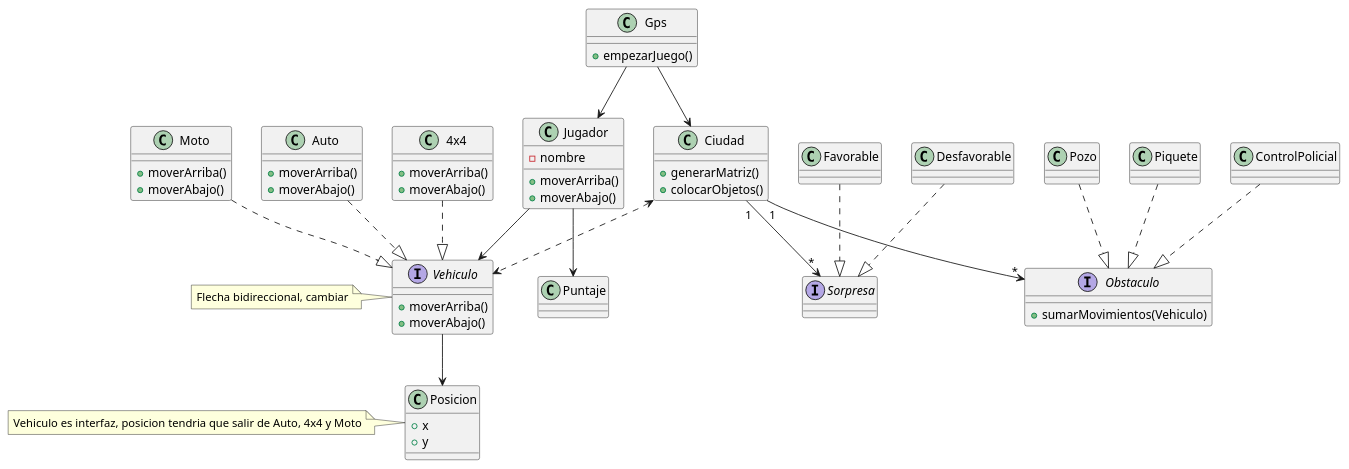
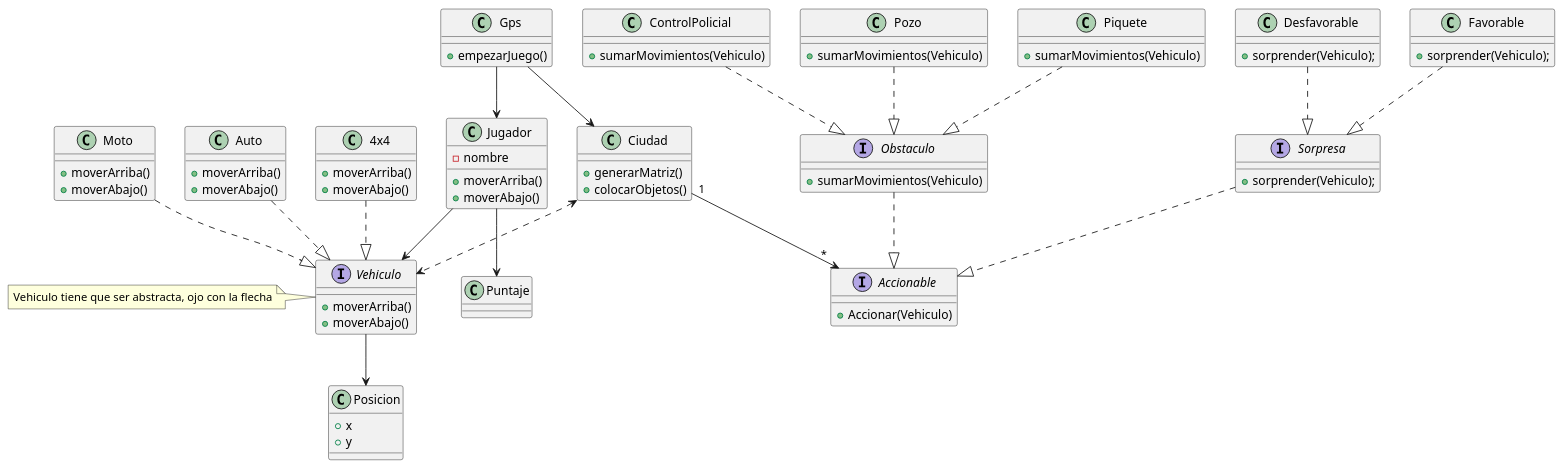
Before and after one commit to Fanusaez/algo3_tp2_2022: the diagram in diagrams/Entrega0/DiagramaDeClases.puml, drawn with PlantUML. The commit also changed 11 other files, not shown here.

Commit message:
cree ostaculos, sorpresas y les di funcionalidad. actualice diagrama de clases e hice tests.

```diff
--- a/diagrams/Entrega0/DiagramaDeClases.puml
+++ b/diagrams/Entrega0/DiagramaDeClases.puml
@@ -1,91 +1,113 @@
 @startuml
 'https://plantuml.com/class-diagram
 
 class Gps{
     + empezarJuego()
 }
 
 class Jugador{
     - nombre
 
     + moverArriba()
     + moverAbajo()
 }
 
 interface Vehiculo{
     + moverArriba()
     + moverAbajo()
+}
+
+interface Accionable{
+    +Accionar(Vehiculo)
 }
 
 class Moto{
     + moverArriba()
     + moverAbajo()
 }
 class Auto{
     + moverArriba()
     + moverAbajo()
 }
 
 class 4x4{
     + moverArriba()
     + moverAbajo()
 }
 
 class Ciudad{
     + generarMatriz()
     + colocarObjetos()
 }
 
 class Posicion{
     + x
     + y
 }
 
 interface Sorpresa{
+    + sorprender(Vehiculo);
 }
 
-class Favorable{}
+class Favorable{
+    + sorprender(Vehiculo);
+}
 
-class Desfavorable{}
+class Desfavorable{
+    + sorprender(Vehiculo);
+}
 
 interface Obstaculo{
     + sumarMovimientos(Vehiculo)
 }
 
-class Pozo{}
+class Pozo{
+    + sumarMovimientos(Vehiculo)
+}
 
-class Piquete{}
+class Piquete{
+    + sumarMovimientos(Vehiculo)
+}
 
-class ControlPolicial{}
+class ControlPolicial{
+    + sumarMovimientos(Vehiculo)
+}
+
 
 class Posicion{
 
 }
 
 class Puntaje{
 }
 Moto ..|> Vehiculo
 Auto ..|> Vehiculo
 4x4 ..|> Vehiculo
 Gps --> Jugador
 Gps --> Ciudad
-Ciudad "1"--> "*" Obstaculo
 Vehiculo --> Posicion
-Note left of Posicion: Vehiculo es interfaz, posicion tendria que salir de Auto, 4x4 y Moto
 Pozo ..|> Obstaculo
+
 Piquete ..|> Obstaculo
+
 ControlPolicial ..|> Obstaculo
-Ciudad "1" --> "*" Sorpresa
+
+Ciudad "1" --> "*" Accionable
 Ciudad <..> Vehiculo
-Note left of Vehiculo: Flecha bidireccional, cambiar
+Note left of Vehiculo: Vehiculo tiene que ser abstracta, ojo con la flecha
 Favorable ..|> Sorpresa
+
 Desfavorable ..|> Sorpresa
+
 Jugador --> Vehiculo
 Jugador --> Puntaje
+
+Sorpresa ..|> Accionable
+Obstaculo ..|> Accionable
 
 
 
 
 
 
 @enduml
```
